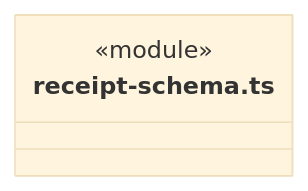
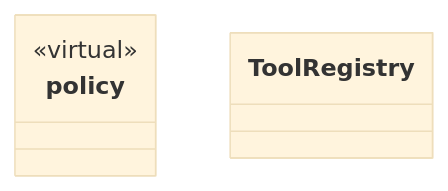
One commit to nan023062/cbim changed the diagram in src/logic/tools/rules/ARCHITECTURE.md. Above: the diagram before and after it, drawn with Mermaid (base theme). The commit also changed other lines of this file and 158 other files, not shown here.

Commit message:
docs: model architecture through nested virtual encapsulations

````diff
--- a/src/logic/tools/rules/ARCHITECTURE.md
+++ b/src/logic/tools/rules/ARCHITECTURE.md
@@ -386,6 +21,9 @@
 ```mermaid
 classDiagram
-class N_src_logic_tools_rules_receipt_schema_ts["receipt-schema.ts"] {
-  <<module>>
+class N_85b69da2ad38["policy"] {
+  <<virtual>>
 }
+click N_85b69da2ad38 href "policy/ARCHITECTURE.md"
+class N_f508095a3910["ToolRegistry"]
+click N_f508095a3910 href "registry.ts"
 ```
````
